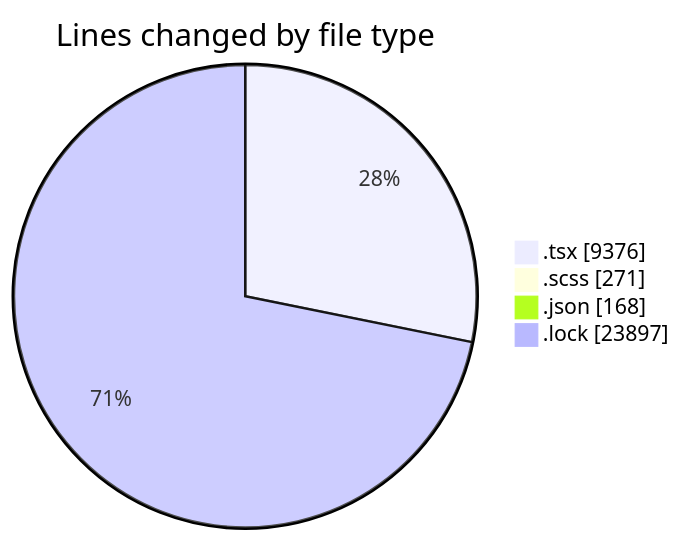
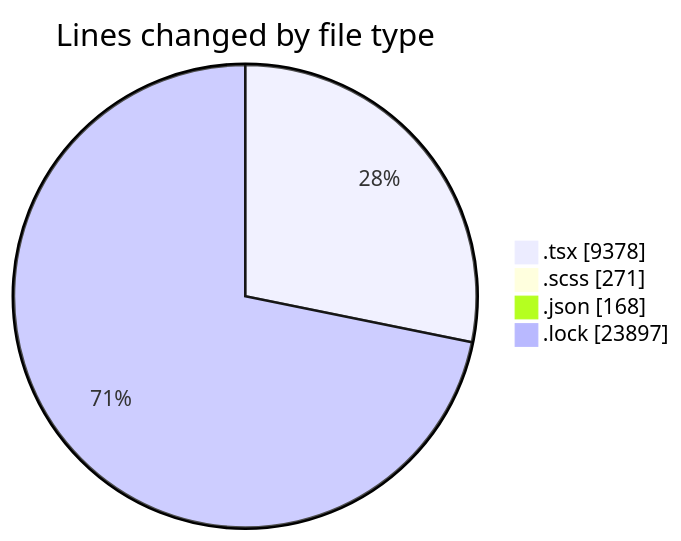
The first of 2 diagrams in 2025-11-18/cda/README.md (momahboobian/code-tracking), drawn with Mermaid before and after one commit. The commit also changed other lines of this file and 1 other file, not shown here.

````diff
--- a/2025-11-18/cda/README.md
+++ b/2025-11-18/cda/README.md
@@ -38,8 +38,8 @@
 ```mermaid
 pie showData
 title Lines changed by file type
-".tsx" : 9376
+".tsx" : 9378
 ".scss" : 271
 ".json" : 168
 ".lock" : 23897
 ```
````
